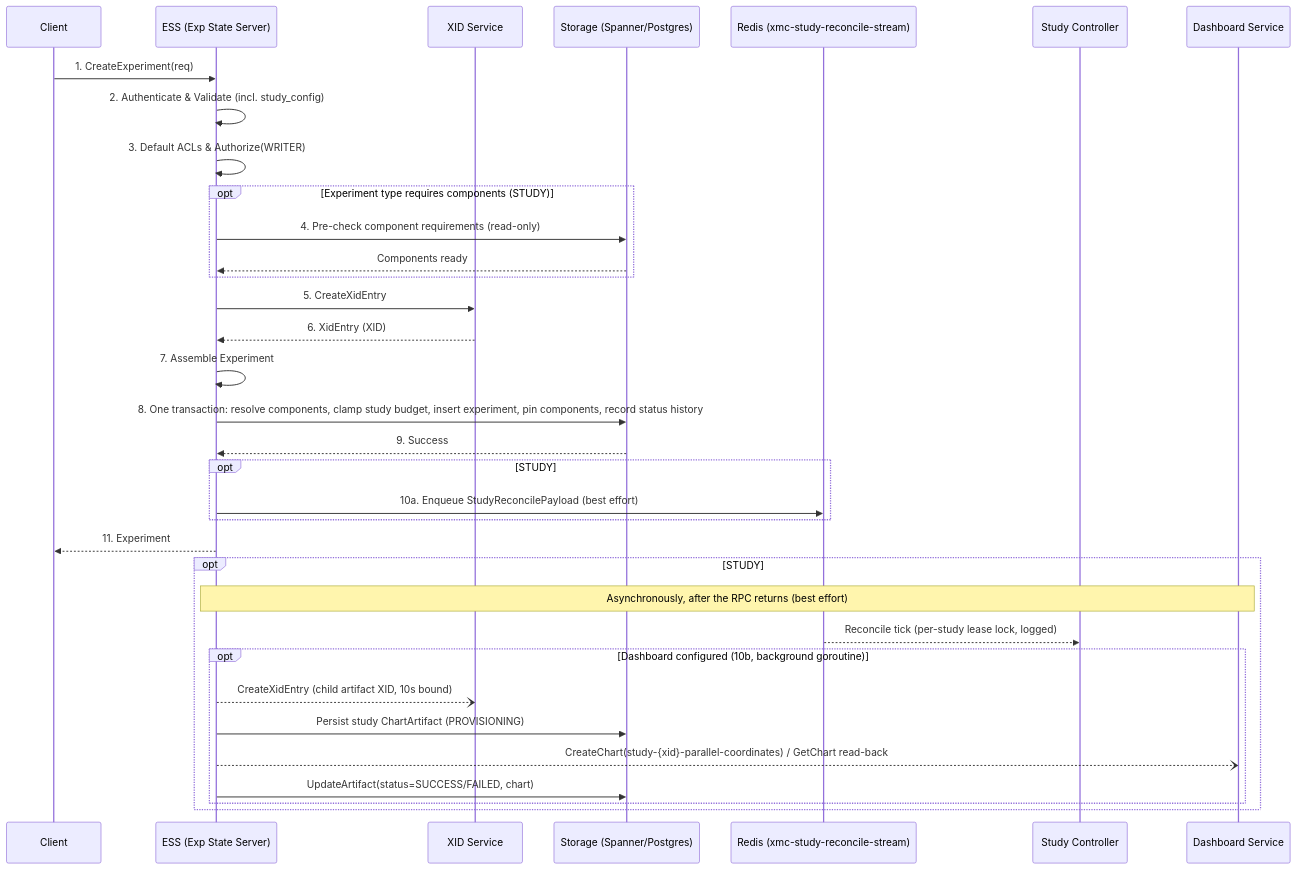
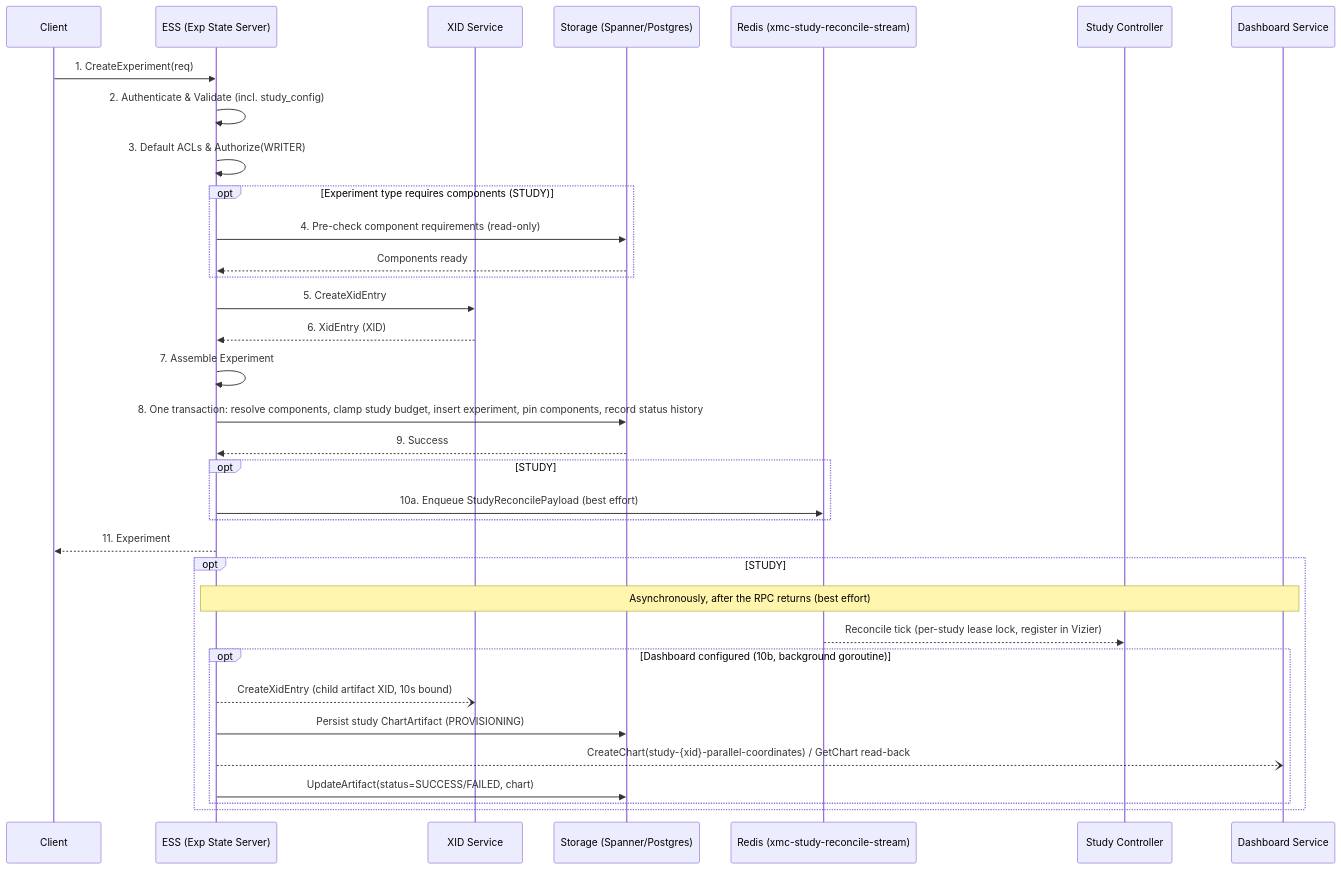
One commit to google/xmc changed the first of 4 diagrams in docs/flows/experiment_lifecycle.md. Above: the diagram before and after it, drawn with Mermaid. The commit also changed other lines of this file and 21 other files, not shown here.

First line of the commit message:
feat(study-controller): register studies in OSS Vizier (#1790)

````diff
--- a/docs/flows/experiment_lifecycle.md
+++ b/docs/flows/experiment_lifecycle.md
@@ -14,37 +14,37 @@
 ```mermaid
 sequenceDiagram
     participant Client
     participant ESS as ESS (Exp State Server)
     participant XID as XID Service
     participant Storage as Storage (Spanner/Postgres)
     participant Redis as Redis (xmc-study-reconcile-stream)
     participant SC as Study Controller
     participant DS as Dashboard Service
 
     Client->>ESS: 1. CreateExperiment(req)
     ESS->>ESS: 2. Authenticate & Validate (incl. study_config)
     ESS->>ESS: 3. Default ACLs & Authorize(WRITER)
     opt Experiment type requires components (STUDY)
         ESS->>Storage: 4. Pre-check component requirements (read-only)
         Storage-->>ESS: Components ready
     end
     ESS->>XID: 5. CreateXidEntry
     XID-->>ESS: 6. XidEntry (XID)
     ESS->>ESS: 7. Assemble Experiment
     ESS->>Storage: 8. One transaction: resolve components, clamp study budget, insert experiment, pin components, record status history
     Storage-->>ESS: 9. Success
     opt STUDY
         ESS->>Redis: 10a. Enqueue StudyReconcilePayload (best effort)
     end
     ESS-->>Client: 11. Experiment
     opt STUDY
         Note over ESS,DS: Asynchronously, after the RPC returns (best effort)
-        Redis-->>SC: Reconcile tick (per-study lease lock, logged)
+        Redis-->>SC: Reconcile tick (per-study lease lock, register in Vizier)
         opt Dashboard configured (10b, background goroutine)
             ESS--)XID: CreateXidEntry (child artifact XID, 10s bound)
             ESS->>Storage: Persist study ChartArtifact (PROVISIONING)
             ESS--)DS: CreateChart(study-{xid}-parallel-coordinates) / GetChart read-back
             ESS->>Storage: UpdateArtifact(status=SUCCESS/FAILED, chart)
         end
     end
 ```
````
